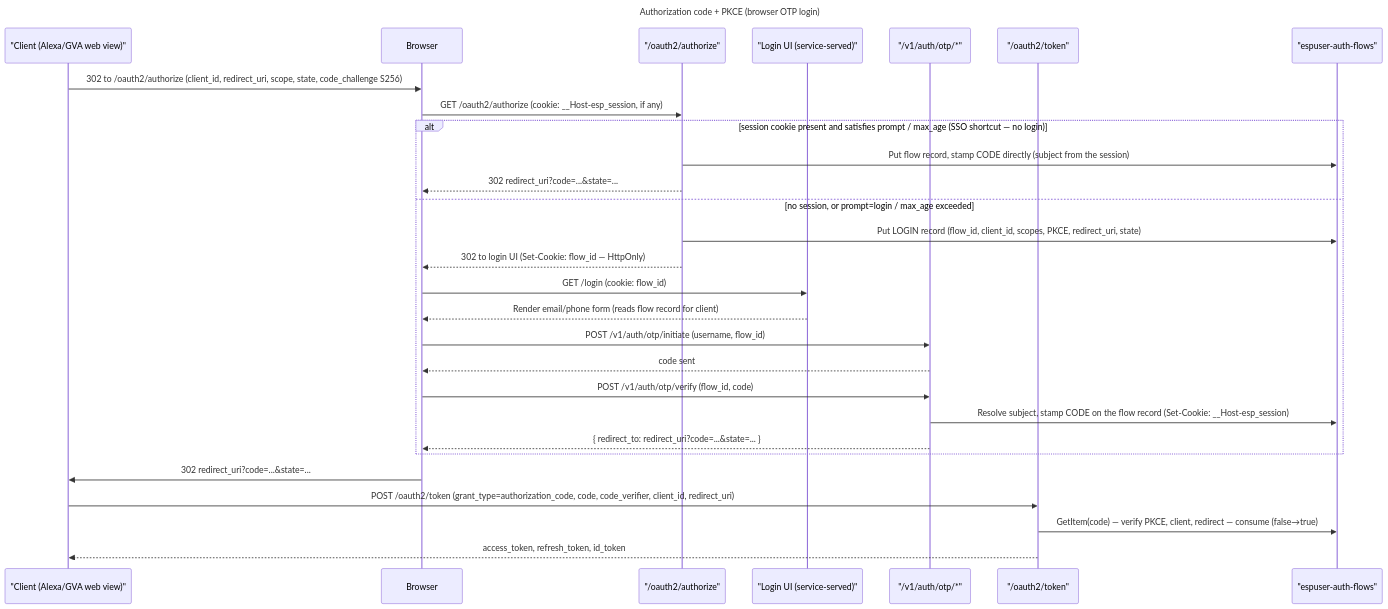
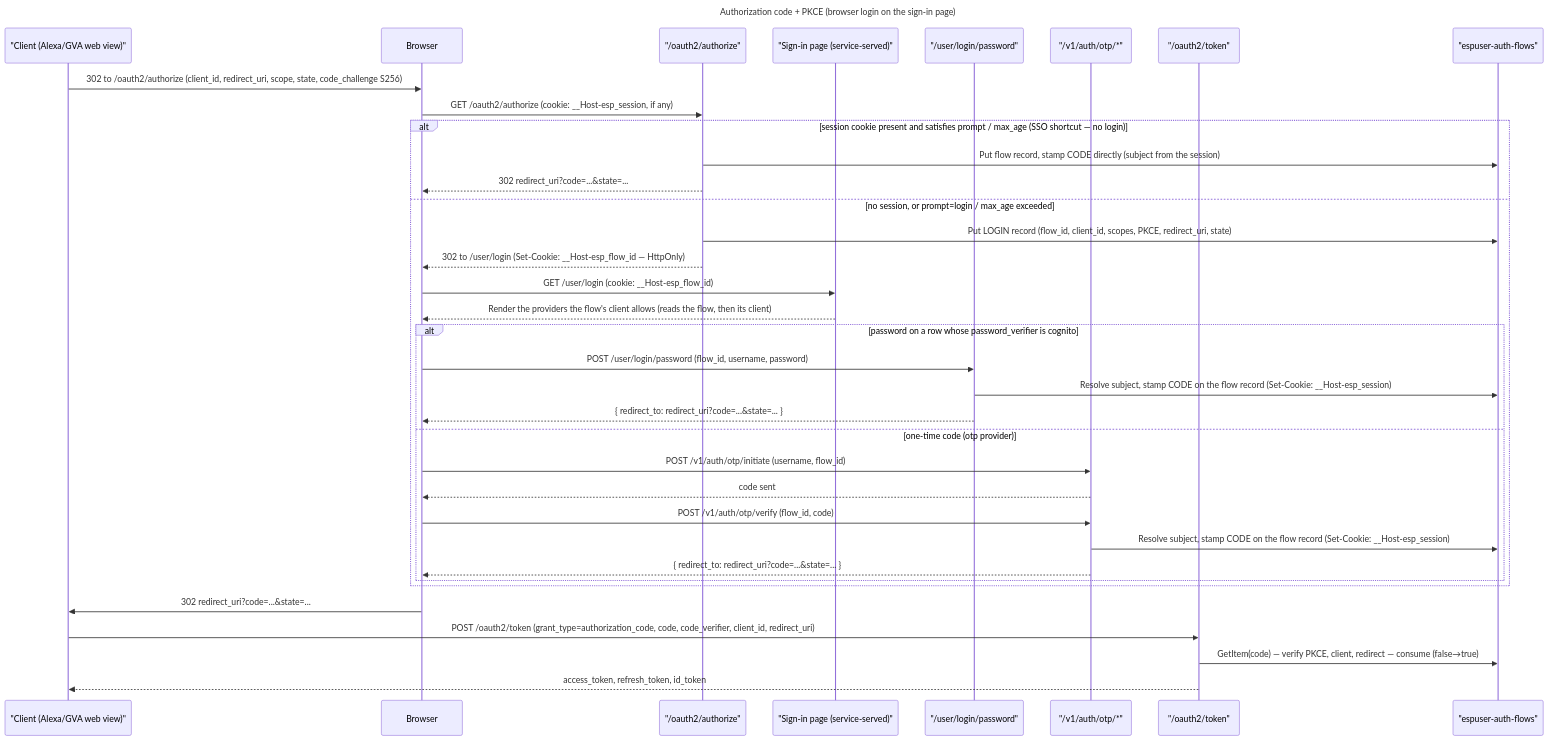
The diagram in src/espuser/docs/specs/authorize-code-flow.md (espressif/esp-rainmaker-neo), drawn with Mermaid before and after one commit. The commit also changed other lines of this file and 23 other files, not shown here.

First line of the commit message:
feat(espuser): sign in with a password on our page

````diff
--- a/src/espuser/docs/specs/authorize-code-flow.md
+++ b/src/espuser/docs/specs/authorize-code-flow.md
@@ -49,32 +49,39 @@
 ```mermaid
 sequenceDiagram
-    title Authorization code + PKCE (browser OTP login)
+    title Authorization code + PKCE (browser login on the sign-in page)
     participant Client as "Client (Alexa/GVA web view)"
     participant Browser
     participant Authz as "/oauth2/authorize"
-    participant UI as "Login UI (service-served)"
+    participant UI as "Sign-in page (service-served)"
+    participant Pwd as "/user/login/password"
     participant OTP as "/v1/auth/otp/*"
     participant Token as "/oauth2/token"
     participant Flows as "espuser-auth-flows"
 
     Client->>Browser: 302 to /oauth2/authorize (client_id, redirect_uri, scope, state, code_challenge S256)
     Browser->>Authz: GET /oauth2/authorize (cookie: __Host-esp_session, if any)
     alt session cookie present and satisfies prompt / max_age (SSO shortcut — no login)
         Authz->>Flows: Put flow record, stamp CODE directly (subject from the session)
         Authz-->>Browser: 302 redirect_uri?code=...&state=...
     else no session, or prompt=login / max_age exceeded
         Authz->>Flows: Put LOGIN record (flow_id, client_id, scopes, PKCE, redirect_uri, state)
-        Authz-->>Browser: 302 to login UI (Set-Cookie: flow_id — HttpOnly)
-        Browser->>UI: GET /login (cookie: flow_id)
-        UI-->>Browser: Render email/phone form (reads flow record for client)
-        Browser->>OTP: POST /v1/auth/otp/initiate (username, flow_id)
-        OTP-->>Browser: code sent
-        Browser->>OTP: POST /v1/auth/otp/verify (flow_id, code)
-        OTP->>Flows: Resolve subject, stamp CODE on the flow record (Set-Cookie: __Host-esp_session)
-        OTP-->>Browser: { redirect_to: redirect_uri?code=...&state=... }
+        Authz-->>Browser: 302 to /user/login (Set-Cookie: __Host-esp_flow_id — HttpOnly)
+        Browser->>UI: GET /user/login (cookie: __Host-esp_flow_id)
+        UI-->>Browser: Render the providers the flow's client allows (reads the flow, then its client)
+        alt password on a row whose password_verifier is cognito
+            Browser->>Pwd: POST /user/login/password (flow_id, username, password)
+            Pwd->>Flows: Resolve subject, stamp CODE on the flow record (Set-Cookie: __Host-esp_session)
+            Pwd-->>Browser: { redirect_to: redirect_uri?code=...&state=... }
+        else one-time code (otp provider)
+            Browser->>OTP: POST /v1/auth/otp/initiate (username, flow_id)
+            OTP-->>Browser: code sent
+            Browser->>OTP: POST /v1/auth/otp/verify (flow_id, code)
+            OTP->>Flows: Resolve subject, stamp CODE on the flow record (Set-Cookie: __Host-esp_session)
+            OTP-->>Browser: { redirect_to: redirect_uri?code=...&state=... }
+        end
     end
     Browser->>Client: 302 redirect_uri?code=...&state=...
     Client->>Token: POST /oauth2/token (grant_type=authorization_code, code, code_verifier, client_id, redirect_uri)
     Token->>Flows: GetItem(code) — verify PKCE, client, redirect — consume (false→true)
     Token-->>Client: access_token, refresh_token, id_token
 ```
````
